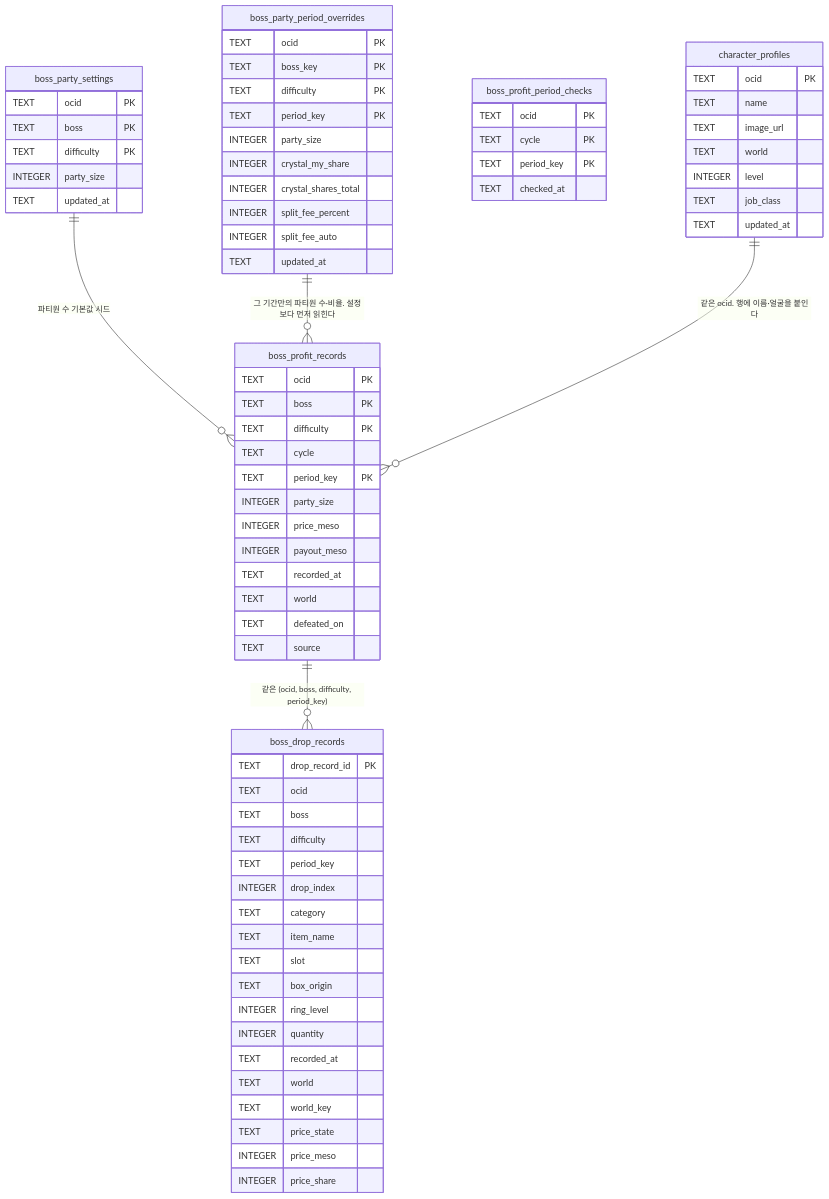
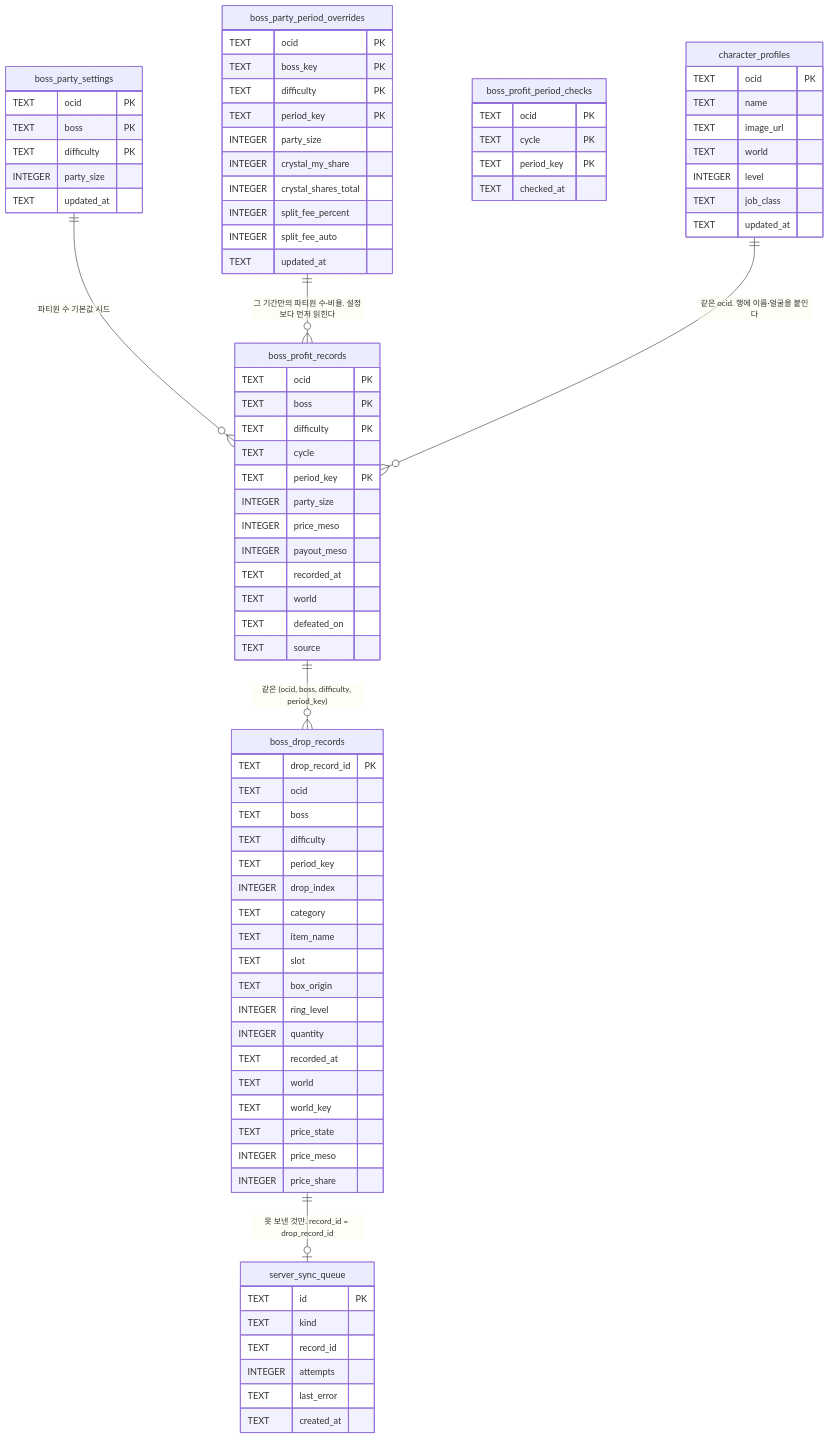
One commit to jini520/maple-routine changed the first of 2 diagrams in docs/persistence/sqlite.md. Above: the diagram before and after it, drawn with Mermaid. The commit also changed other lines of this file and 25 other files, not shown here.

First line of the commit message:
feat(server-sync): 드롭 판매가를 저장하는 그 자리에서 서버로 보낸다

````diff
--- a/docs/persistence/sqlite.md
+++ b/docs/persistence/sqlite.md
@@ -79,8 +79,17 @@
         TEXT job_class
         TEXT updated_at
     }
+    server_sync_queue {
+        TEXT id PK
+        TEXT kind
+        TEXT record_id
+        INTEGER attempts
+        TEXT last_error
+        TEXT created_at
+    }
     boss_party_settings ||--o{ boss_profit_records : "파티원 수 기본값 시드"
     boss_party_period_overrides ||--o{ boss_profit_records : "그 기간만의 파티원 수·비율. 설정보다 먼저 읽힌다"
     boss_profit_records ||--o{ boss_drop_records : "같은 (ocid, boss, difficulty, period_key)"
     character_profiles ||--o{ boss_profit_records : "같은 ocid. 행에 이름·얼굴을 붙인다"
+    boss_drop_records ||--o| server_sync_queue : "못 보낸 것만. record_id = drop_record_id"
 ```
````
